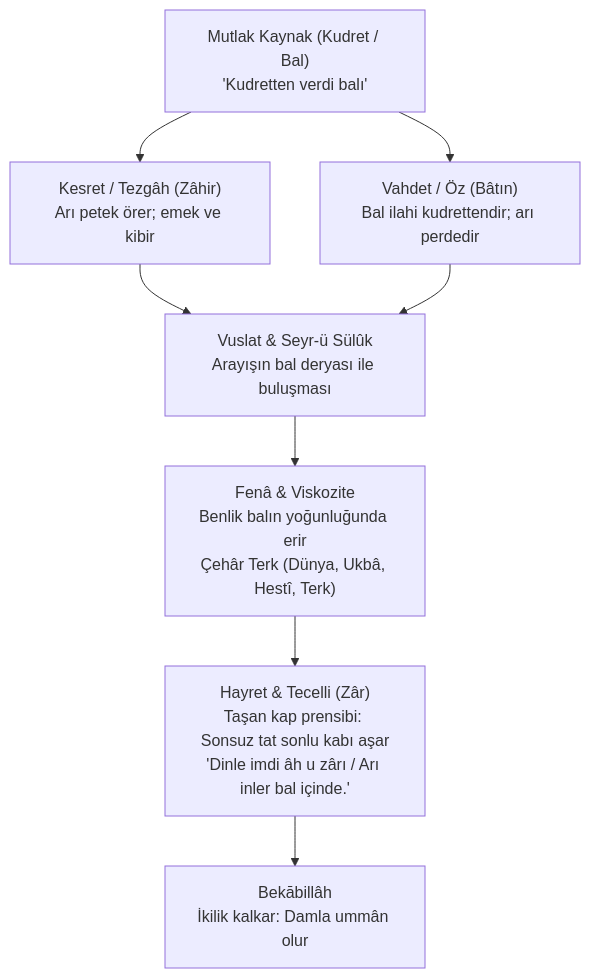
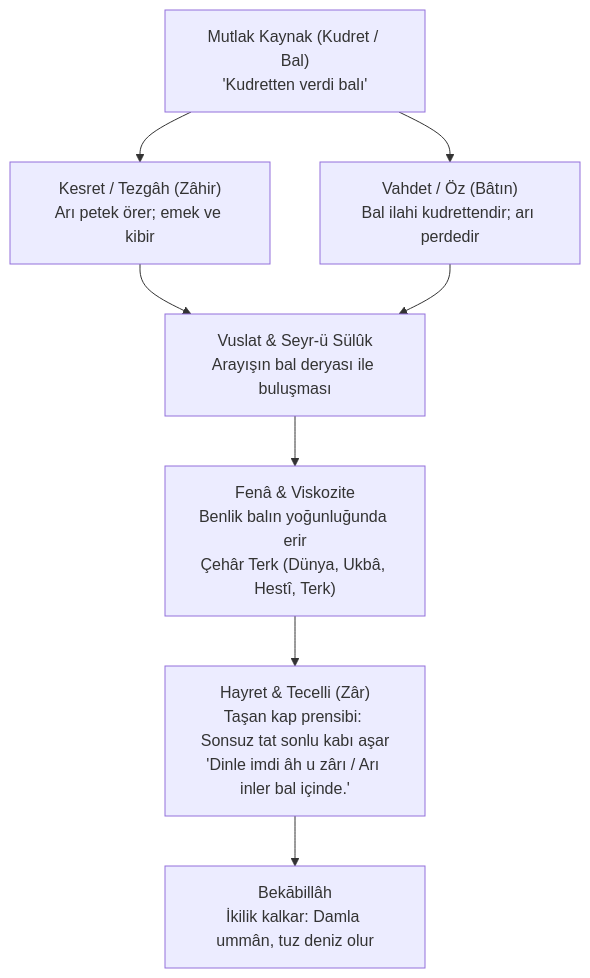
The diagram in README.md (bahattinyunus/ari-inler-bal-icinde), drawn with Mermaid before and after one commit. The commit also changed other lines of this file and 11 other files, not shown here.

````diff
--- a/README.md
+++ b/README.md
@@ -31,13 +32,13 @@
 ```mermaid
 flowchart TD
     KUDRET["Mutlak Kaynak (Kudret / Bal)\n'Kudretten verdi balı'"] --> KESRET["Kesret / Tezgâh (Zâhir)\nArı petek örer; emek ve kibir"]
     KUDRET --> VAHDET["Vahdet / Öz (Bâtın)\nBal ilahi kudrettendir; arı perdedir"]
     
     KESRET & VAHDET --> VUSLAT["Vuslat & Seyr-ü Sülûk\nArayışın bal deryası ile buluşması"]
     
     VUSLAT --> FENA["Fenâ & Viskozite\nBenlik balın yoğunluğunda erir\nÇehâr Terk (Dünya, Ukbâ, Hestî, Terk)"]
     
     FENA --> HAYRET["Hayret & Tecelli (Zâr)\nTaşan kap prensibi: Sonsuz tat sonlu kabı aşar\n'Dinle imdi âh u zârı / Arı inler bal içinde.'"]
     
-    HAYRET --> BEKA["Bekābillâh\nİkilik kalkar: Damla ummân olur"]
+    HAYRET --> BEKA["Bekābillâh\nİkilik kalkar: Damla ummân, tuz deniz olur"]
 ```
````
